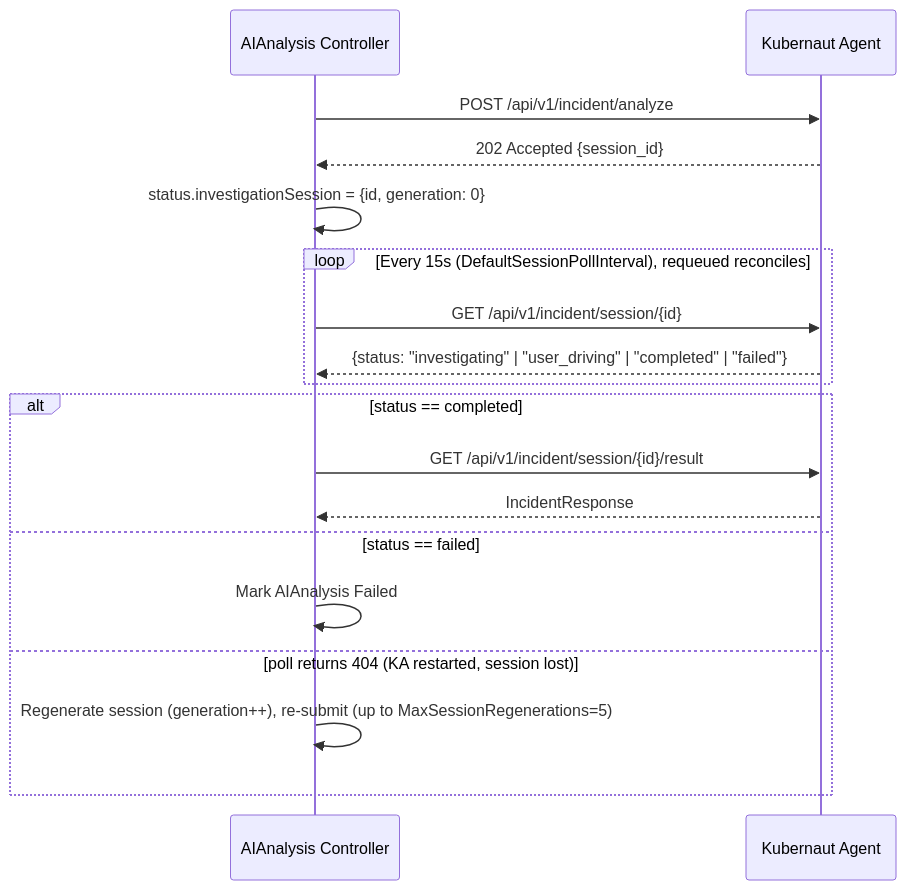
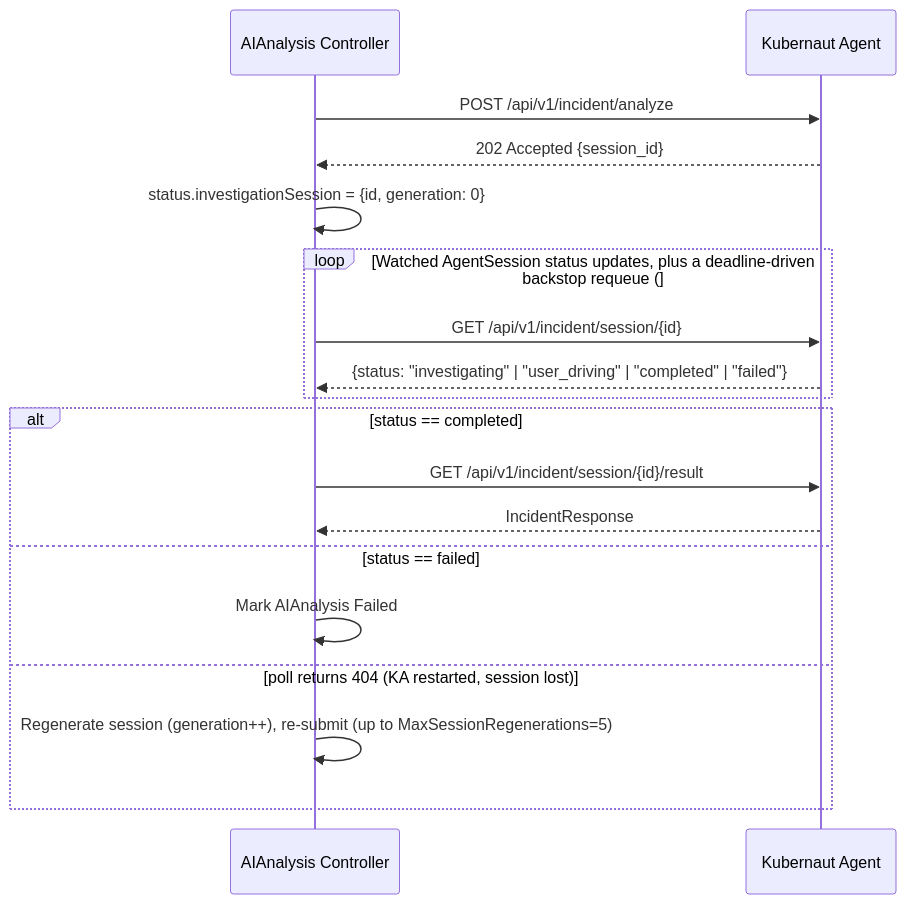
Before and after one commit to jordigilh/kubernaut: the second of 2 diagrams in docs/services/crd-controllers/02-aianalysis/integration-points.md, drawn with Mermaid. The commit also changed other lines of this file and 21 other files, not shown here.

````diff
--- a/docs/services/crd-controllers/02-aianalysis/integration-points.md
+++ b/docs/services/crd-controllers/02-aianalysis/integration-points.md
@@ -202,23 +202,23 @@
 ```mermaid
 sequenceDiagram
     participant CTRL as AIAnalysis Controller
     participant KA as Kubernaut Agent
 
     CTRL->>KA: POST /api/v1/incident/analyze
     KA-->>CTRL: 202 Accepted {session_id}
     CTRL->>CTRL: status.investigationSession = {id, generation: 0}
 
-    loop Every 15s (DefaultSessionPollInterval), requeued reconciles
+    loop Watched AgentSession status updates, plus a deadline-driven backstop requeue (#2204)
         CTRL->>KA: GET /api/v1/incident/session/{id}
         KA-->>CTRL: {status: "investigating" | "user_driving" | "completed" | "failed"}
     end
 
     alt status == completed
         CTRL->>KA: GET /api/v1/incident/session/{id}/result
         KA-->>CTRL: IncidentResponse
     else status == failed
         CTRL->>CTRL: Mark AIAnalysis Failed
     else poll returns 404 (KA restarted, session lost)
         CTRL->>CTRL: Regenerate session (generation++), re-submit (up to MaxSessionRegenerations=5)
     end
 ```
````
